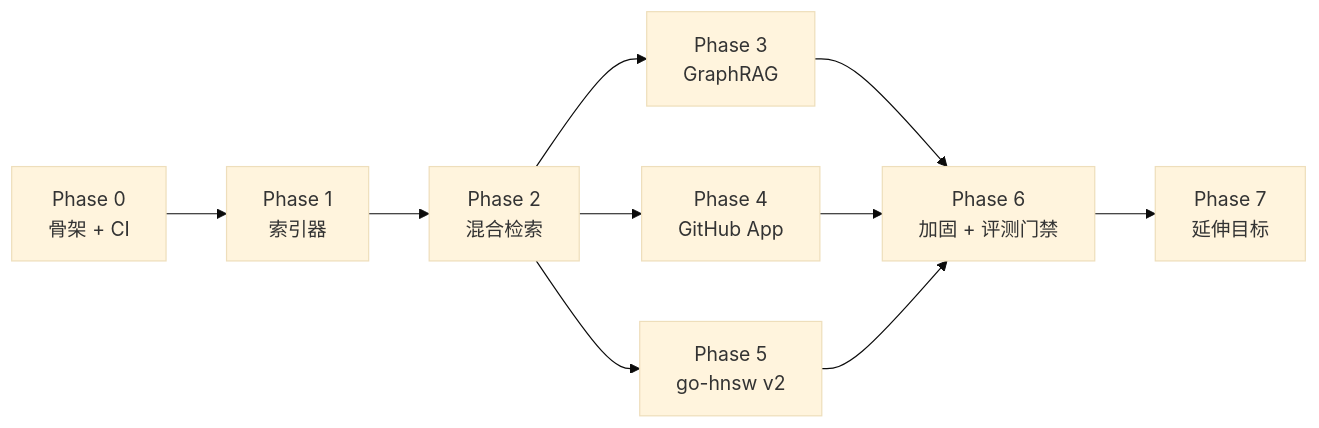
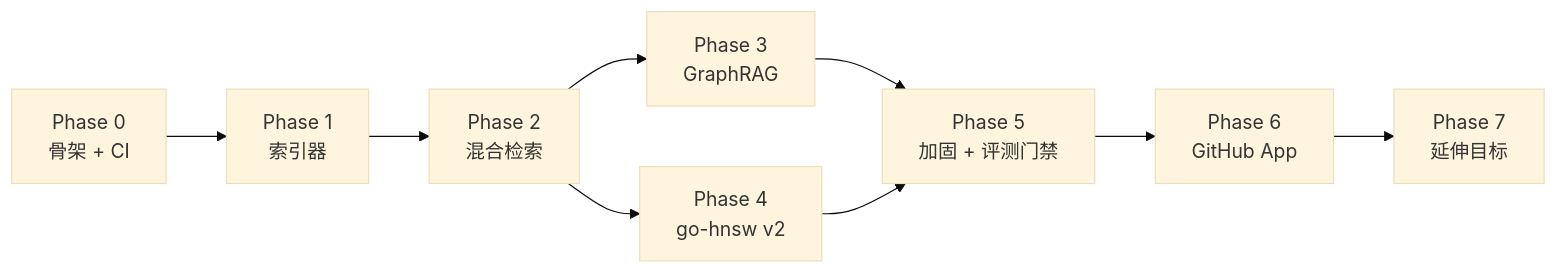
One commit to AndyUneducated/repo-sage changed the diagram in docs/ROADMAP.md. Above: the diagram before and after it, drawn with Mermaid (base theme). The commit also changed other lines of this file and 1 other file, not shown here.

First line of the commit message:
docs: defer GitHub App until after hardening and map retrieval routes

````diff
--- a/docs/ROADMAP.md
+++ b/docs/ROADMAP.md
@@ -20,12 +20,11 @@
 ```mermaid
 flowchart LR
   P0["Phase 0<br/>骨架 + CI"] --> P1["Phase 1<br/>索引器"]
   P1 --> P2["Phase 2<br/>混合检索"]
   P2 --> P3["Phase 3<br/>GraphRAG"]
-  P2 --> P4["Phase 4<br/>GitHub App"]
-  P2 --> P5["Phase 5<br/>go-hnsw v2"]
-  P3 --> P6["Phase 6<br/>加固 + 评测门禁"]
-  P4 --> P6
-  P5 --> P6
+  P2 --> P4["Phase 4<br/>go-hnsw v2"]
+  P3 --> P5["Phase 5<br/>加固 + 评测门禁"]
+  P4 --> P5
+  P5 --> P6["Phase 6<br/>GitHub App"]
   P6 --> P7["Phase 7<br/>延伸目标"]
 ```
````
